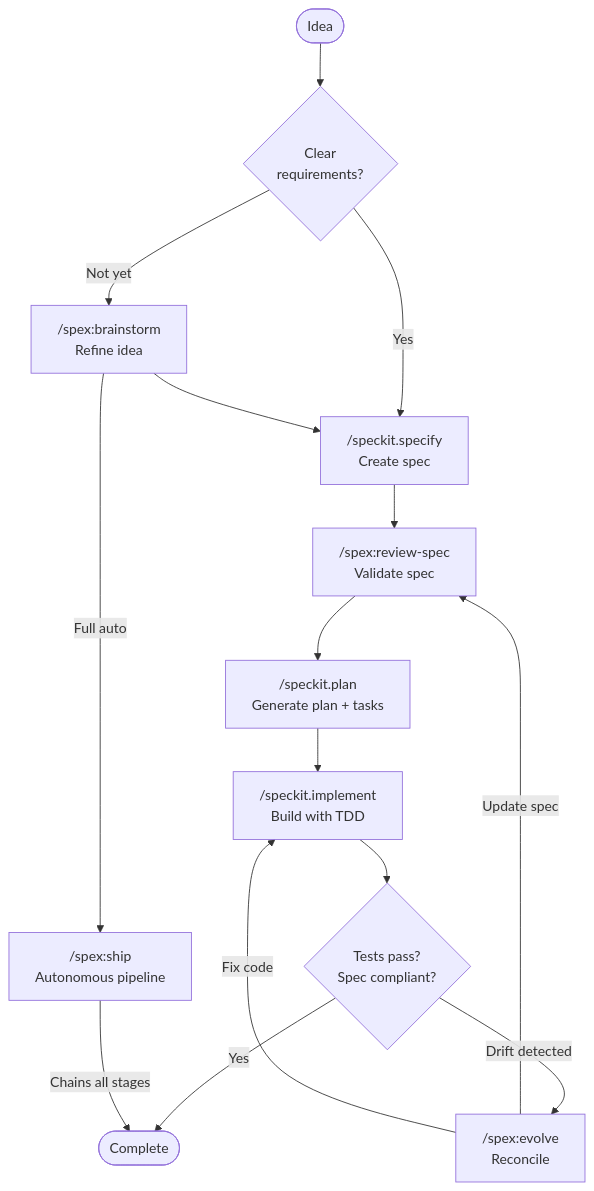
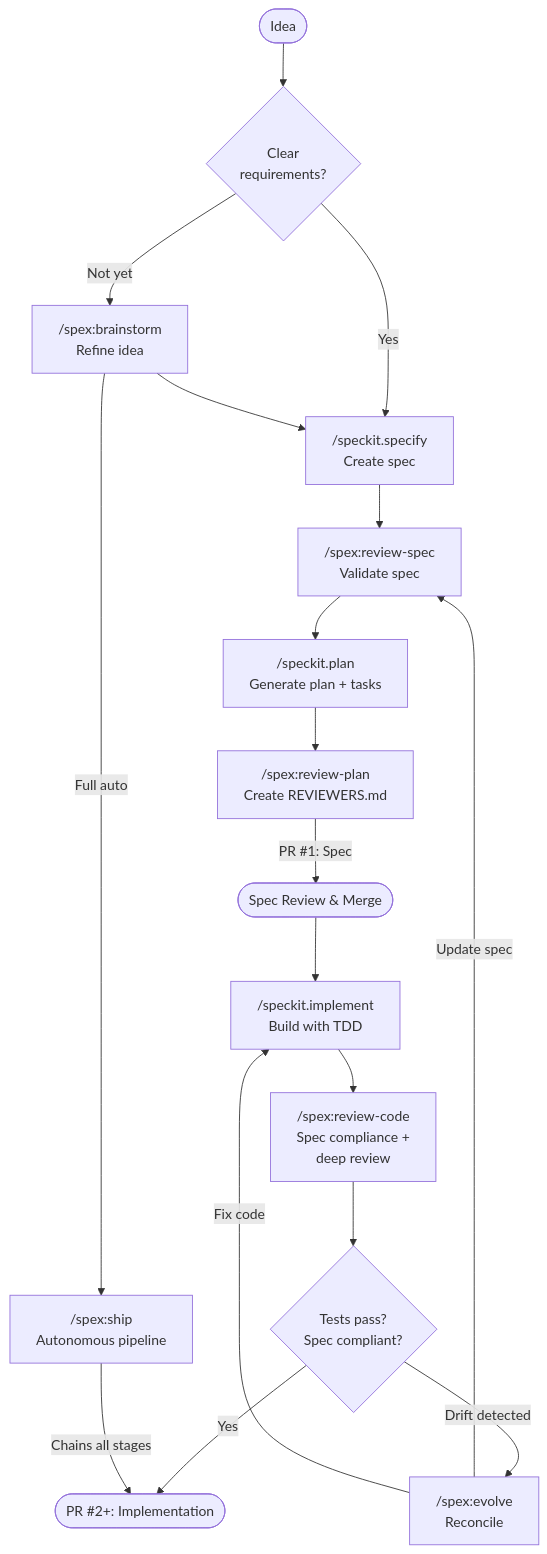
The diagram in README.md (rhuss/cc-sdd), drawn with Mermaid before and after one commit. The commit also changed other lines of this file, not shown here.

Commit message:
Update README with SDD workflow, deep-review trait, and ship command docs

````diff
--- a/README.md
+++ b/README.md
@@ -24,25 +56,30 @@
 ```mermaid
 flowchart TD
     Start([Idea]) --> HasClarity{Clear<br>requirements?}
 
     HasClarity -->|Not yet| Brainstorm["/spex:brainstorm<br>Refine idea"]
     HasClarity -->|Yes| Specify["/speckit.specify<br>Create spec"]
 
     Brainstorm --> Specify
     Brainstorm -->|Full auto| Ship["/spex:ship<br>Autonomous pipeline"]
 
-    Specify --> Review["/spex:review-spec<br>Validate spec"]
-    Review --> Plan["/speckit.plan<br>Generate plan + tasks"]
-    Plan --> Implement["/speckit.implement<br>Build with TDD"]
+    Specify --> ReviewSpec["/spex:review-spec<br>Validate spec"]
+    ReviewSpec --> Plan["/speckit.plan<br>Generate plan + tasks"]
+    Plan --> ReviewPlan["/spex:review-plan<br>Create REVIEWERS.md"]
 
-    Implement --> Verify{Tests pass?<br>Spec compliant?}
+    ReviewPlan -->|PR #1: Spec| SpecPR([Spec Review & Merge])
 
-    Verify -->|Yes| Done([Complete])
+    SpecPR --> Implement["/speckit.implement<br>Build with TDD"]
+    Implement --> ReviewCode["/spex:review-code<br>Spec compliance +<br>deep review"]
+
+    ReviewCode --> Verify{Tests pass?<br>Spec compliant?}
+
+    Verify -->|Yes| ImplPR([PR #2+: Implementation])
     Verify -->|Drift detected| Evolve["/spex:evolve<br>Reconcile"]
 
-    Evolve -->|Update spec| Review
+    Evolve -->|Update spec| ReviewSpec
     Evolve -->|Fix code| Implement
 
-    Ship -->|Chains all stages| Done
+    Ship -->|Chains all stages| ImplPR
 
 ```
````
